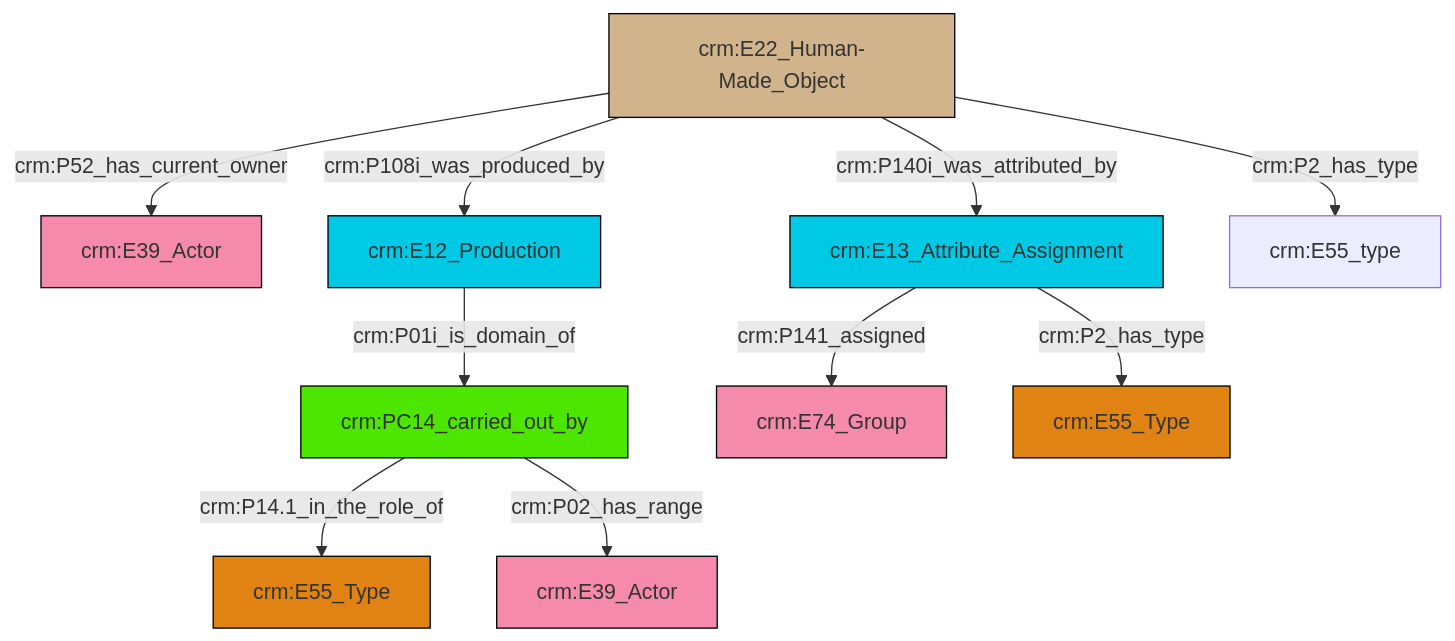
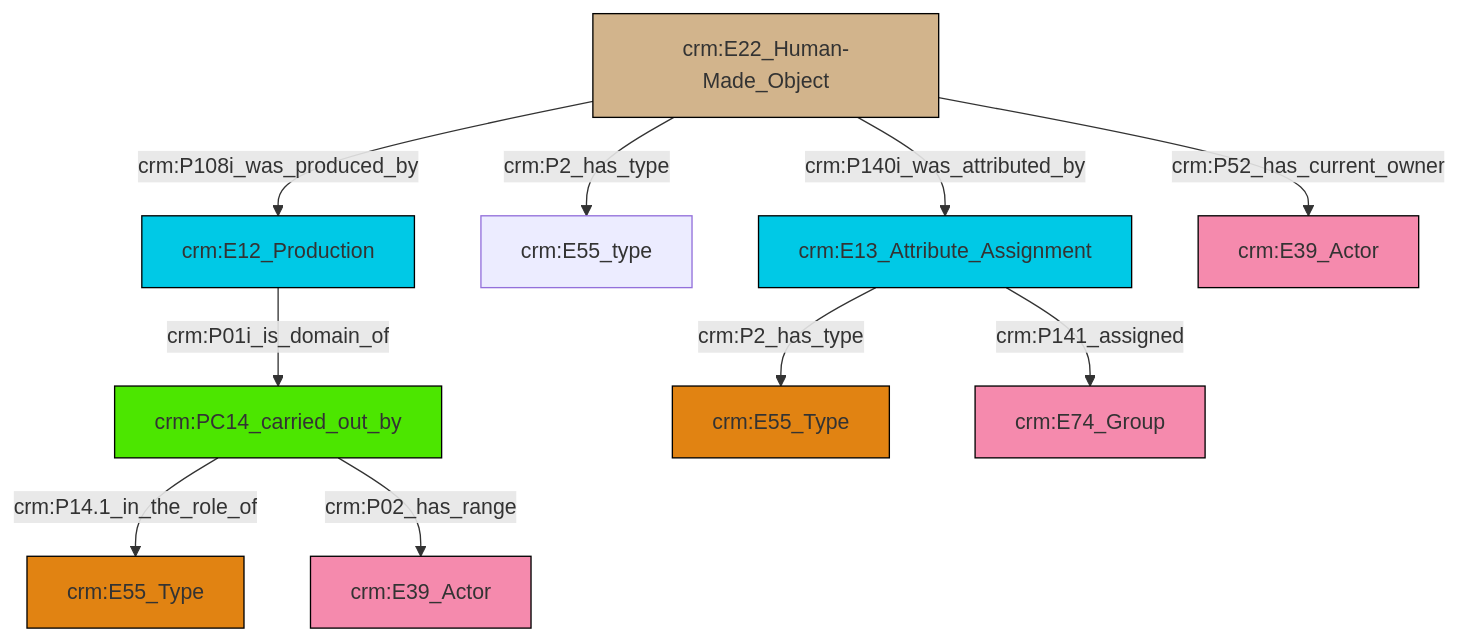
Before and after one commit to swiss-art-research-net/reference-data-models: the diagram in et/builtWorkCSV/ttl/mmd/Built_Work_actor_relations.ttl.mmd, drawn with Mermaid. The commit also changed 123 other files, not shown here.

```diff
--- a/et/builtWorkCSV/ttl/mmd/Built_Work_actor_relations.ttl.mmd
+++ b/et/builtWorkCSV/ttl/mmd/Built_Work_actor_relations.ttl.mmd
@@ -1,24 +1,24 @@
 graph TD
 classDef Literal fill:#f2f2f2,stroke:#000000;
 classDef CRM_Entity fill:#FFFFFF,stroke:#000000;
 classDef Temporal_Entity fill:#00C9E6, stroke:#000000;
 classDef Type fill:#E18312, stroke:#000000;
 classDef Time-Span fill:#2C9C91, stroke:#000000;
 classDef Appellation fill:#FFEB7F, stroke:#000000;
 classDef Place fill:#008836, stroke:#000000;
 classDef Persistent_Item fill:#B266B2, stroke:#000000;
 classDef Conceptual_Object fill:#FFD700, stroke:#000000;
 classDef Physical_Thing fill:#D2B48C, stroke:#000000;
 classDef Actor fill:#f58aad, stroke:#000000;
 classDef PC_Classes fill:#4ce600, stroke:#000000;
 classDef Multi fill:#cccccc,stroke:#000000;
 
-0["crm:E22_Human-Made_Object"]:::Physical_Thing -->|crm:P52_has_current_owner| 1["crm:E39_Actor"]:::Actor
-2["crm:PC14_carried_out_by"]:::PC_Classes -->|crm:P14.1_in_the_role_of| 3["crm:E55_Type"]:::Type
-11["crm:E12_Production"]:::Temporal_Entity -->|crm:P01i_is_domain_of| 2["crm:PC14_carried_out_by"]:::PC_Classes
-0["crm:E22_Human-Made_Object"]:::Physical_Thing -->|crm:P108i_was_produced_by| 11["crm:E12_Production"]:::Temporal_Entity
-0["crm:E22_Human-Made_Object"]:::Physical_Thing -->|crm:P140i_was_attributed_by| 12["crm:E13_Attribute_Assignment"]:::Temporal_Entity
-12["crm:E13_Attribute_Assignment"]:::Temporal_Entity -->|crm:P141_assigned| 6["crm:E74_Group"]:::Actor
-0["crm:E22_Human-Made_Object"]:::Physical_Thing -->|crm:P2_has_type| 17["crm:E55_type"]:::Default
-2["crm:PC14_carried_out_by"]:::PC_Classes -->|crm:P02_has_range| 15["crm:E39_Actor"]:::Actor
-12["crm:E13_Attribute_Assignment"]:::Temporal_Entity -->|crm:P2_has_type| 8["crm:E55_Type"]:::Type
+2["crm:E22_Human-Made_Object"]:::Physical_Thing -->|crm:P108i_was_produced_by| 0["crm:E12_Production"]:::Temporal_Entity
+7["crm:E13_Attribute_Assignment"]:::Temporal_Entity -->|crm:P2_has_type| 8["crm:E55_Type"]:::Type
+2["crm:E22_Human-Made_Object"]:::Physical_Thing -->|crm:P2_has_type| 10["crm:E55_type"]:::Default
+13["crm:PC14_carried_out_by"]:::PC_Classes -->|crm:P14.1_in_the_role_of| 5["crm:E55_Type"]:::Type
+2["crm:E22_Human-Made_Object"]:::Physical_Thing -->|crm:P140i_was_attributed_by| 7["crm:E13_Attribute_Assignment"]:::Temporal_Entity
+7["crm:E13_Attribute_Assignment"]:::Temporal_Entity -->|crm:P141_assigned| 14["crm:E74_Group"]:::Actor
+0["crm:E12_Production"]:::Temporal_Entity -->|crm:P01i_is_domain_of| 13["crm:PC14_carried_out_by"]:::PC_Classes
+2["crm:E22_Human-Made_Object"]:::Physical_Thing -->|crm:P52_has_current_owner| 16["crm:E39_Actor"]:::Actor
+13["crm:PC14_carried_out_by"]:::PC_Classes -->|crm:P02_has_range| 3["crm:E39_Actor"]:::Actor
```
